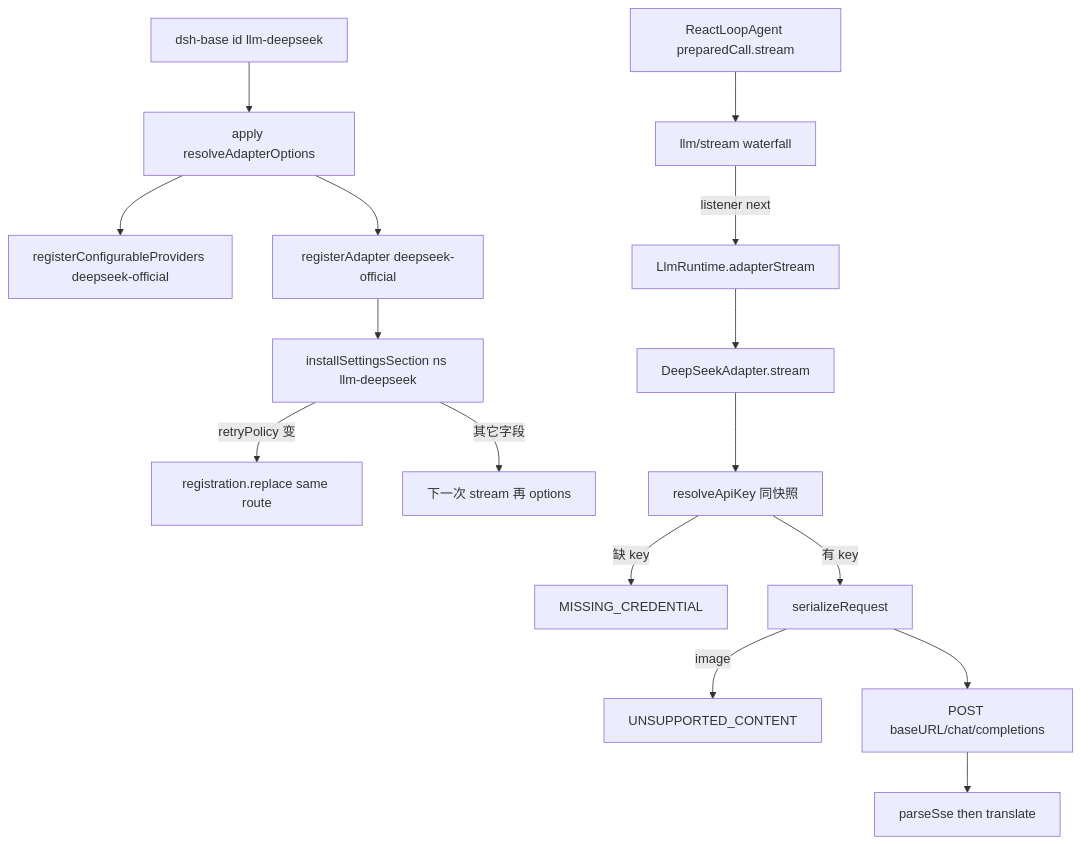
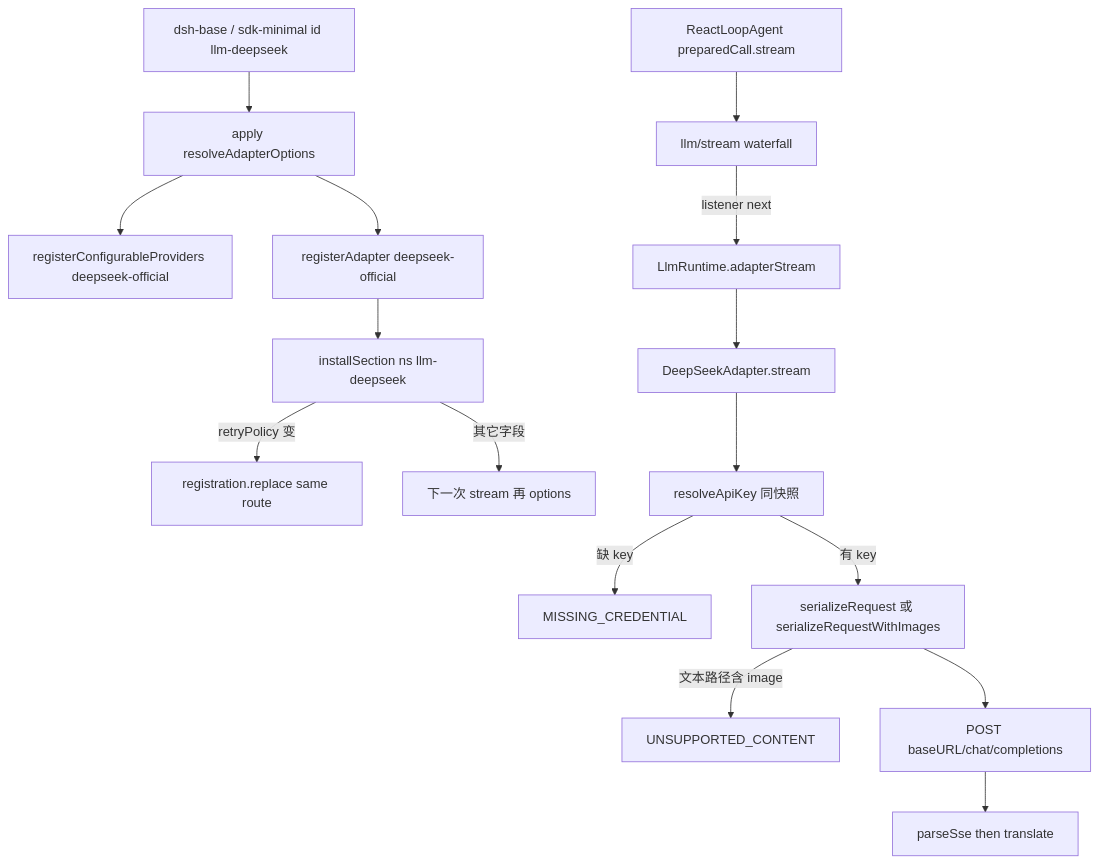
The diagram in docs/llm-wiki/deepseek-harness/subsystems/llm/deepseek.md (wdnmdtonyma/SOTA-Agent-LLM-Wiki), drawn with Mermaid before and after one commit. The commit also changed other lines of this file and 217 other files, not shown here.

````diff
--- a/docs/llm-wiki/deepseek-harness/subsystems/llm/deepseek.md
+++ b/docs/llm-wiki/deepseek-harness/subsystems/llm/deepseek.md
@@ -128,18 +131,18 @@
 ```mermaid
 flowchart TD
-  Base["dsh-base id llm-deepseek"] --> Apply["apply resolveAdapterOptions"]
+  Base["dsh-base / sdk-minimal id llm-deepseek"] --> Apply["apply resolveAdapterOptions"]
   Apply --> Dir["registerConfigurableProviders deepseek-official"]
   Apply --> Reg["registerAdapter deepseek-official"]
-  Reg --> Settings["installSettingsSection ns llm-deepseek"]
+  Reg --> Settings["installSection ns llm-deepseek"]
   Settings -->|retryPolicy 变| Replace["registration.replace same route"]
   Settings -->|其它字段| NextReq["下一次 stream 再 options"]
   Loop["ReactLoopAgent preparedCall.stream"] --> WF["llm/stream waterfall"]
   WF -->|listener next| AdapterStream["LlmRuntime.adapterStream"]
   AdapterStream --> DS["DeepSeekAdapter.stream"]
   DS --> Key["resolveApiKey 同快照"]
   Key -->|缺 key| Miss["MISSING_CREDENTIAL"]
-  Key -->|有 key| Ser["serializeRequest"]
-  Ser -->|image| Reject["UNSUPPORTED_CONTENT"]
+  Key -->|有 key| Ser["serializeRequest 或 serializeRequestWithImages"]
+  Ser -->|文本路径含 image| Reject["UNSUPPORTED_CONTENT"]
   Ser --> Fetch["POST baseURL/chat/completions"]
   Fetch --> SSE["parseSse then translate"]
 ```
````
